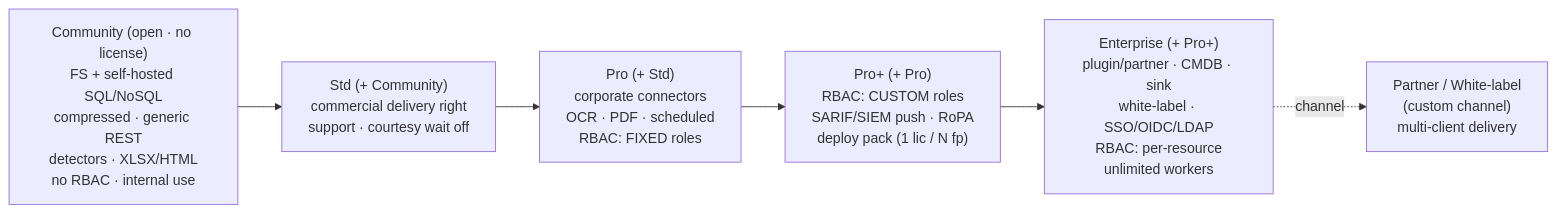
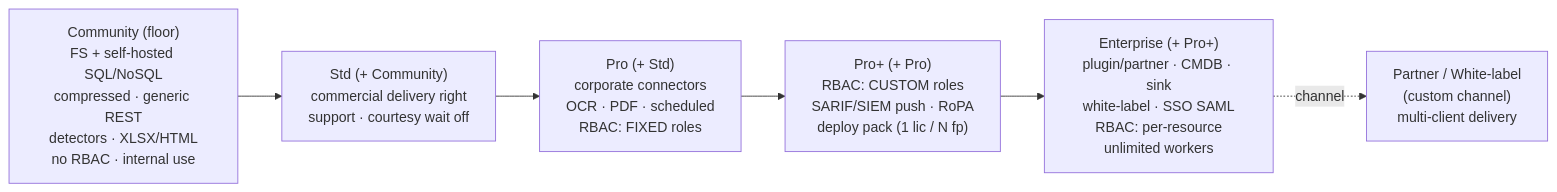
Before and after one commit to DataBoar/data-boar: the first of 2 diagrams in docs/SUBSCRIPTION_TIERS.md, drawn with Mermaid. The commit also changed other lines of this file and 20 other files, not shown here.

````diff
--- a/docs/SUBSCRIPTION_TIERS.md
+++ b/docs/SUBSCRIPTION_TIERS.md
@@ -25,11 +32,11 @@
 ```mermaid
 flowchart LR
-    C["Community (open · no license)<br/>FS + self-hosted SQL/NoSQL<br/>compressed · generic REST<br/>detectors · XLSX/HTML<br/>no RBAC · internal use"]
+    C["Community (floor)<br/>FS + self-hosted SQL/NoSQL<br/>compressed · generic REST<br/>detectors · XLSX/HTML<br/>no RBAC · internal use"]
     S["Std (+ Community)<br/>commercial delivery right<br/>support · courtesy wait off"]
     P["Pro (+ Std)<br/>corporate connectors<br/>OCR · PDF · scheduled<br/>RBAC: FIXED roles"]
     PP["Pro+ (+ Pro)<br/>RBAC: CUSTOM roles<br/>SARIF/SIEM push · RoPA<br/>deploy pack (1 lic / N fp)"]
-    E["Enterprise (+ Pro+)<br/>plugin/partner · CMDB · sink<br/>white-label · SSO/OIDC/LDAP<br/>RBAC: per-resource<br/>unlimited workers"]
+    E["Enterprise (+ Pro+)<br/>plugin/partner · CMDB · sink<br/>white-label · SSO SAML<br/>RBAC: per-resource<br/>unlimited workers"]
     PT["Partner / White-label<br/>(custom channel)<br/>multi-client delivery"]
     C --> S --> P --> PP --> E
     E -. channel .-> PT
 ```
````
